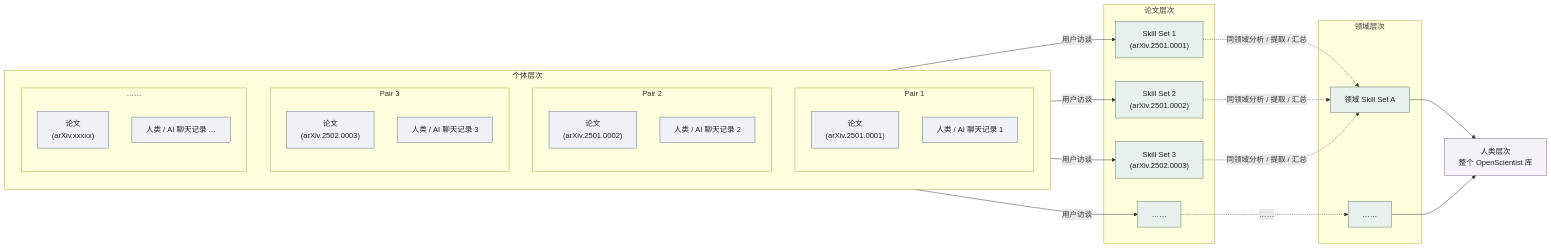
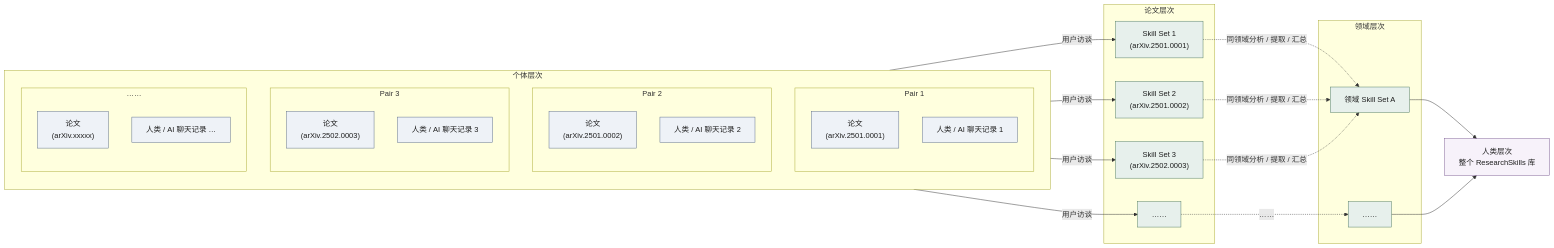
The fourth of 4 diagrams in docs/why-research-is-hard.md (ScienceIntelligence/ResearchSkills), drawn with Mermaid before and after one commit. The commit also changed other lines of this file and 33 other files, not shown here.

First line of the commit message:
chore: rename OpenScientist → ResearchSkills across the codebase

````diff
--- a/docs/why-research-is-hard.md
+++ b/docs/why-research-is-hard.md
@@ -501,73 +501,73 @@
 ```mermaid
 %%{init: {'theme': 'base', 'themeVariables': {
   'background': '#ffffff',
   'primaryColor': '#f4efe6',
   'primaryBorderColor': '#3b3b3b',
   'primaryTextColor': '#1f1f1f',
   'lineColor': '#6b7280',
   'secondaryColor': '#e7f0ec',
   'tertiaryColor': '#eef2f7',
   'fontFamily': 'Georgia, Times New Roman, serif',
   'clusterBkg': '#faf7f2',
   'clusterBorder': '#b8aa95'
 }}%%
 flowchart LR
     subgraph IN["个体层次"]
         direction TB
         subgraph Pair1["Pair 1"]
             direction TB
             P1P["论文<br/>(arXiv.2501.0001)"]
             P1C["人类 / AI 聊天记录 1"]
         end
         subgraph Pair2["Pair 2"]
             direction TB
             P2P["论文<br/>(arXiv.2501.0002)"]
             P2C["人类 / AI 聊天记录 2"]
         end
         subgraph Pair3["Pair 3"]
             direction TB
             P3P["论文<br/>(arXiv.2502.0003)"]
             P3C["人类 / AI 聊天记录 3"]
         end
         subgraph PairX["……"]
             direction TB
             PXP["论文<br/>(arXiv.xxxxx)"]
             PXC["人类 / AI 聊天记录 …"]
         end
     end
 
     subgraph IND["论文层次"]
         S1["Skill Set 1<br/>(arXiv.2501.0001)"]
         S2["Skill Set 2<br/>(arXiv.2501.0002)"]
         S3["Skill Set 3<br/>(arXiv.2502.0003)"]
         SX["……"]
     end
 
     subgraph FIELD["领域层次"]
         F1["领域 Skill Set A"]
         FX["……"]
     end
 
-    O["人类层次<br/>整个 OpenScientist 库"]
+    O["人类层次<br/>整个 ResearchSkills 库"]
 
     Pair1 -->|用户访谈| S1
     Pair2 -->|用户访谈| S2
     Pair3 -->|用户访谈| S3
     PairX -->|用户访谈| SX
 
     S1 -.同领域分析 / 提取 / 汇总.-> F1
     S2 -.同领域分析 / 提取 / 汇总.-> F1
     S3 -.同领域分析 / 提取 / 汇总.-> F1
     SX -.…….-> FX
 
     F1 --> O
     FX --> O
 
     classDef source fill:#eef2f7,stroke:#5b6c8b,color:#1f1f1f;
     classDef skill fill:#e7f0ec,stroke:#4f7a63,color:#1f1f1f;
     classDef lib fill:#f7f2fa,stroke:#7b5b92,color:#1f1f1f;
 
     class P1P,P1C,P2P,P2C,P3P,P3C,PXP,PXC source;
     class S1,S2,S3,SX,F1,FX skill;
     class O lib;
 ```
````
